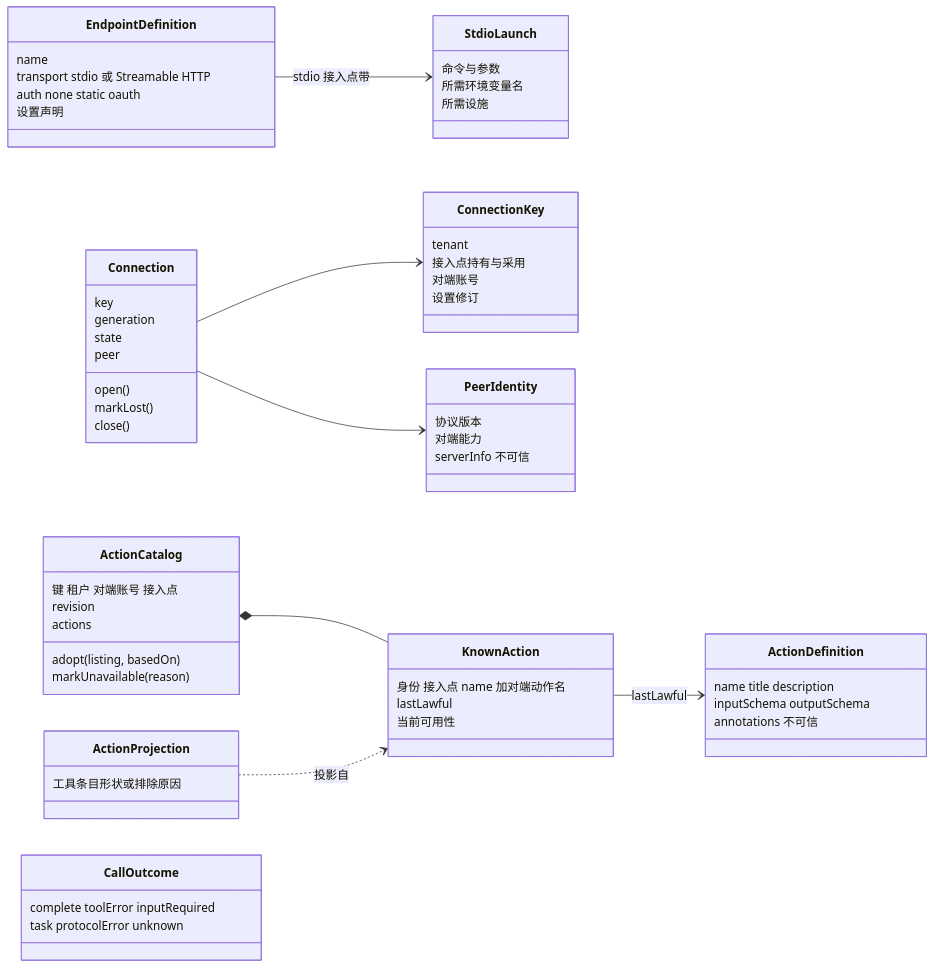
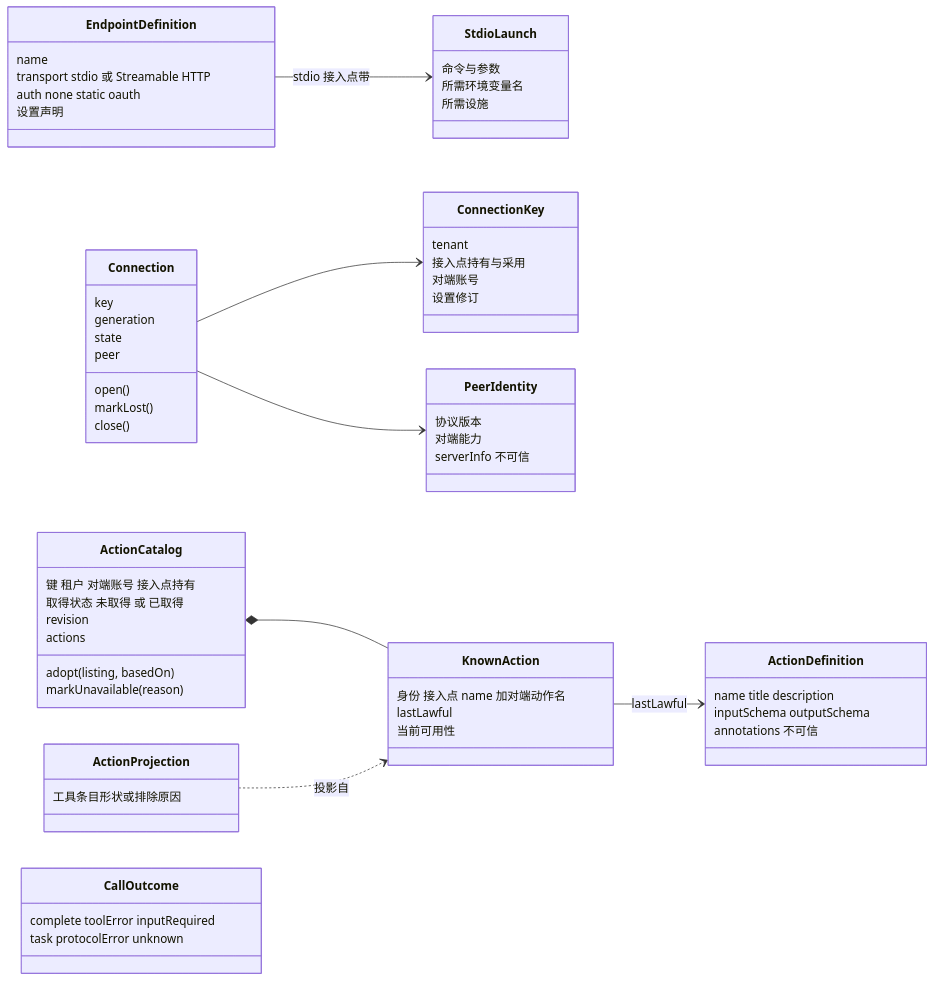
One commit to nemori-ai/omne-harness-lite changed the first of 3 diagrams in packages/mcp/docs/architecture.md. Above: the diagram before and after it, drawn with Mermaid. The commit also changed other lines of this file and 4 other files, not shown here.

````diff
--- a/packages/mcp/docs/architecture.md
+++ b/packages/mcp/docs/architecture.md
@@ -44,65 +55,66 @@
 ```mermaid
 classDiagram
     direction LR
     class EndpointDefinition {
         name
         transport stdio 或 Streamable HTTP
         auth none static oauth
         设置声明
     }
     class StdioLaunch {
         命令与参数
         所需环境变量名
         所需设施
     }
     class ConnectionKey {
         tenant
         接入点持有与采用
         对端账号
         设置修订
     }
     class Connection {
         key
         generation
         state
         peer
         open()
         markLost()
         close()
     }
     class PeerIdentity {
         协议版本
         对端能力
         serverInfo 不可信
     }
     class ActionCatalog {
-        键 租户 对端账号 接入点
+        键 租户 对端账号 接入点持有
+        取得状态 未取得 或 已取得
         revision
         actions
         adopt(listing, basedOn)
         markUnavailable(reason)
     }
     class KnownAction {
         身份 接入点 name 加对端动作名
         lastLawful
         当前可用性
     }
     class ActionDefinition {
         name title description
         inputSchema outputSchema
         annotations 不可信
     }
     class ActionProjection {
         工具条目形状或排除原因
     }
     class CallOutcome {
         complete toolError inputRequired
         task protocolError unknown
     }
     EndpointDefinition --> StdioLaunch : stdio 接入点带
     Connection --> ConnectionKey
     Connection --> PeerIdentity
     ActionCatalog *-- KnownAction
     KnownAction --> ActionDefinition : lastLawful
     ActionProjection ..> KnownAction : 投影自
 ```
````
